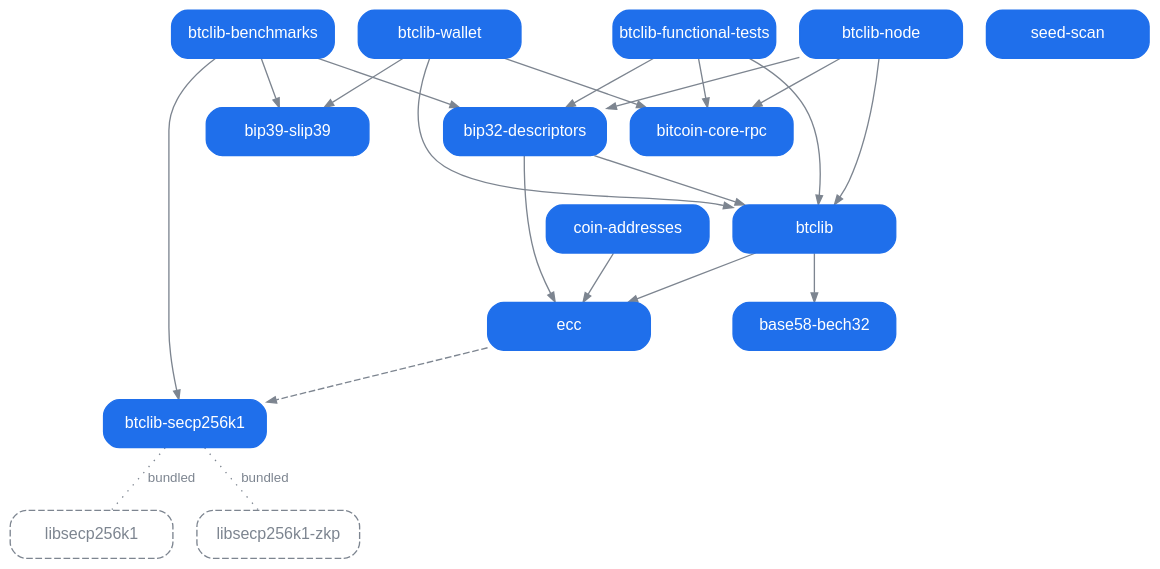
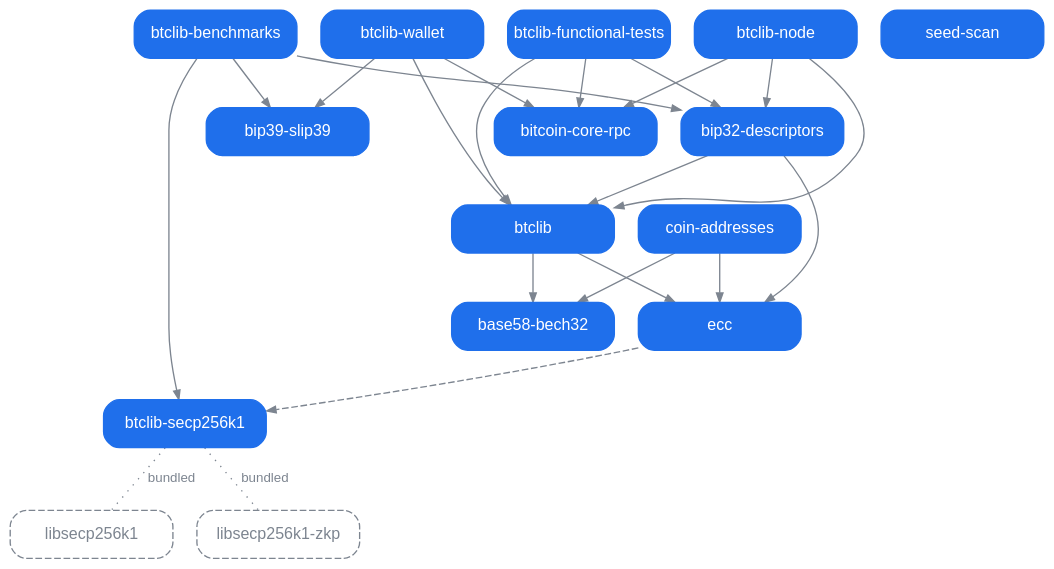
Before and after one commit to btclib-org/.github: the diagram in profile/dependencies.dot, drawn with Graphviz. The commit also changed 1 other file, not shown here.

Commit message:
Draw coin-addresses' arrow to base58-bech32 (closes #2237) (#2240)
PR btclib-org/coin-addresses#14 made base58-bech32 a dependency of
coin-addresses. The arrow leaves coin-addresses on its left, runs up
inside the loop of btclib-benchmarks' arrow to bip39-slip39, and runs
under bip39-slip39 to the bottom of base58-bech32, crossing no box.

```diff
--- a/profile/dependencies.dot
+++ b/profile/dependencies.dot
@@ -1,111 +1,113 @@
 // How the organization's packages depend on each other: the source of
 // dependencies.svg beside it, which profile/README.md shows.
 //
 // A node is the `[project]` name of every tree of the organization that
 // builds a distribution, `[build-system]` being what says it does. A tree
 // that builds none is not drawn, and neither is an arrow into or out of
 // one. A grey dashed outline is not a package of the organization but a C
 // library one of them bundles: the submodule `X` of such a tree is the
 // node `libX`.
 //
 // An arrow points from a project up to what it depends on: solid where
 // `dependencies` in its pyproject.toml names the target, and dashed where
 // only an `optional-dependencies` extra does. An arrow is drawn only
 // where the dependent, bare or with one of its extras, does not already
 // install its target, with the extras it asks of it, through the arrows
 // that are drawn: `btclib-wallet[secp256k1]` asks `btclib[secp256k1]`,
 // which asks `ecc[secp256k1]`, so `btclib-wallet`'s own requirement of
 // `btclib-secp256k1` draws nothing, while `btclib-node` asks
 // `btclib[secp256k1]` and `bip32-descriptors`' `dependencies` ask bare
 // `btclib`, so `btclib-node`'s arrow to `btclib` is drawn beside its
 // arrow to `bip32-descriptors`. The extras are written nowhere, and
 // dependency groups are left out, being what a checkout of the tree
 // installs rather than what a user of the package does. A requirement on
 // a name no tree builds, a retired one included, draws nothing. A dotted
 // line with no arrowhead, labelled `bundled`, joins a package to a C
 // library that is a submodule of its tree, built into the package rather
 // than installed beside it.
 // tests/dependencies_test.py compares this file with every tree's
 // pyproject.toml and .gitmodules, and names every requirement on a
 // retired name.
 //
 // Every position is set by hand and rendered as it stands, by neato with
 // `nop: 2` in .github/scripts/render_dependencies.mjs, which takes the
 // nodes and the edges where they are written. A node's `pos` is its
 // centre in points, y growing upward, and a row is a level: what a
 // package depends on sits above it, in four columns 145 apart. An edge's
 // `pos` is its route as the control points of a spline whose segments
 // are straight, `e,` giving where the arrowhead's tip lands, and a
 // label's `lp` is where it is written. `bip32-descriptors` sits under
 // `btclib` and `btclib-benchmarks` under it, so that the arrows of
 // `btclib-functional-tests` and `btclib-node` into `btclib` pass on
 // either side of `bip32-descriptors`. Every other arrow of
 // `btclib-benchmarks` leaves its box from below, runs under its row and
 // round the outside.
 //
 // The colours are for a transparent background under both of GitHub's
 // themes: text sits on the fill of its box, and the grey of the arrows
 // and of the outlined C libraries reads on the light theme's white and
 // the dark theme's near-black.
 digraph dependencies {
     graph [bgcolor="transparent", outputorder=edgesfirst, pad=0.2];
     node [shape=box, style="rounded,filled", color="#1f6feb", fillcolor="#1f6feb",
           fontcolor="#ffffff", fontname="Helvetica", fontsize=12, width=1.7, height=0.5, fixedsize=true];
     edge [color="#7d8590", fontcolor="#7d8590", fontname="Helvetica", fontsize=10, arrowsize=0.7];
 
     "libsecp256k1"     [pos="290,560", style="rounded,dashed", color="#7d8590", fontcolor="#7d8590"];
     "libsecp256k1-zkp" [pos="435,560", style="rounded,dashed", color="#7d8590", fontcolor="#7d8590"];
     "base58-bech32"    [pos="145,560"];
     "bip39-slip39"     [pos="0,560"];
     "bitcoin-core-rpc" [pos="145,460"];
     "btclib-secp256k1" [pos="290,460"];
     "ecc"              [pos="290,360"];
     "btclib"           [pos="290,260"];
     "btclib-wallet"           [pos="0,160"];
     "bip32-descriptors"       [pos="290,160"];
     "coin-addresses"          [pos="0,60"];
     "btclib-functional-tests" [pos="145,60"];
     "btclib-benchmarks"       [pos="290,60"];
     "btclib-node"             [pos="435,60"];
     "seed-scan"               [pos="0,-40"];
 
     "btclib-secp256k1" -> "libsecp256k1" [style=dotted, arrowhead=none, label="bundled", lp="262,510",
         pos="290,478 290,478 290,542 290,542"];
     "btclib-secp256k1" -> "libsecp256k1-zkp" [style=dotted, arrowhead=none, label="bundled", lp="463,526",
         pos="320,478 320,478 320,510 320,510 320,510 435,510 435,510 435,510 435,542 435,542"];
     "ecc" -> "btclib-secp256k1" [style=dashed,
         pos="e,290,442 290,378 290,378 290,435 290,435"];
     "btclib" -> "ecc" [pos="e,290,342 290,278 290,278 290,335 290,335"];
     "btclib" -> "base58-bech32"
         [pos="e,145,542 229,260 229,260 40,260 40,260 40,260 40,510 40,510 40,510 145,510 145,510 145,510 145,535 145,535"];
     "btclib-wallet" -> "btclib"
         [pos="e,229,270 20,178 20,178 20,270 20,270 20,270 222,270 222,270"];
     "bip32-descriptors" -> "btclib" [
         pos="e,290,242 290,178 290,178 290,235 290,235"];
     "bip32-descriptors" -> "ecc"
         [pos="e,351,360 351,160 351,160 380,160 380,160 380,160 380,360 380,360 380,360 358,360 358,360"];
     "coin-addresses" -> "ecc"
         [pos="e,229,360 61,60 61,60 72,60 72,60 72,60 72,360 72,360 72,360 222,360 222,360"];
+    "coin-addresses" -> "base58-bech32"
+        [pos="e,105,542 -61,60 -61,60 -70,60 -70,60 -70,60 -70,525 -70,525 -70,525 105,525 105,525 105,525 105,535 105,535"];
     "btclib-functional-tests" -> "bip32-descriptors"
         [pos="e,250,142 185,78 185,78 185,110 185,110 185,110 250,110 250,110 250,110 250,135 250,135"];
     "btclib-functional-tests" -> "btclib"
         [pos="e,229,250 165,78 165,78 165,250 165,250 165,250 222,250 222,250"];
     "btclib-functional-tests" -> "bitcoin-core-rpc" [
         pos="e,125,442 125,78 125,78 125,435 125,435"];
     "btclib-benchmarks" -> "bip32-descriptors" [
         pos="e,290,142 290,78 290,78 290,135 290,135"];
     "btclib-node" -> "bip32-descriptors"
         [pos="e,330,142 395,78 395,78 395,110 395,110 395,110 330,110 330,110 330,110 330,135 330,135"];
     "btclib-node" -> "btclib"
         [pos="e,351,250 435,78 435,78 435,250 435,250 435,250 358,250 358,250"];
     "btclib-node" -> "bitcoin-core-rpc"
         [pos="e,185,442 465,78 465,78 465,310 465,310 465,310 185,310 185,310 185,310 185,435 185,435"];
     "btclib-benchmarks" -> "btclib-secp256k1"
         [pos="e,351,460 330,42 330,42 330,25 330,25 330,25 530,25 530,25 530,25 530,460 530,460 530,460 358,460 358,460"];
     "btclib-benchmarks" -> "bip39-slip39"
         [pos="e,0,578 250,42 250,42 250,20 250,20 250,20 -80,20 -80,20 -80,20 -80,610 -80,610 -80,610 0,610 0,610 0,610 0,585 0,585"];
     "btclib-wallet" -> "bitcoin-core-rpc"
         [pos="e,84,460 -20,178 -20,178 -20,460 -20,460 -20,460 77,460 77,460"];
     "btclib-wallet" -> "bip39-slip39"
         [pos="e,-40,542 -40,178 -40,178 -40,535 -40,535"];
 }
```
